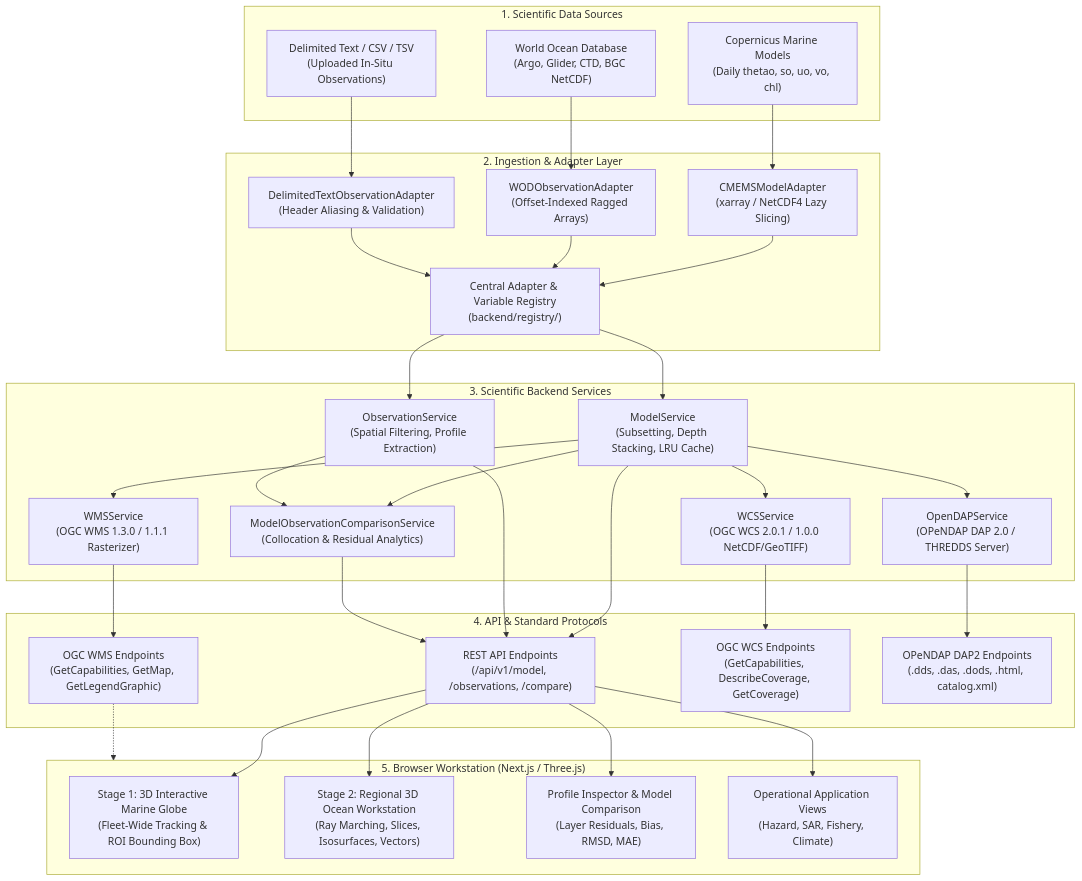
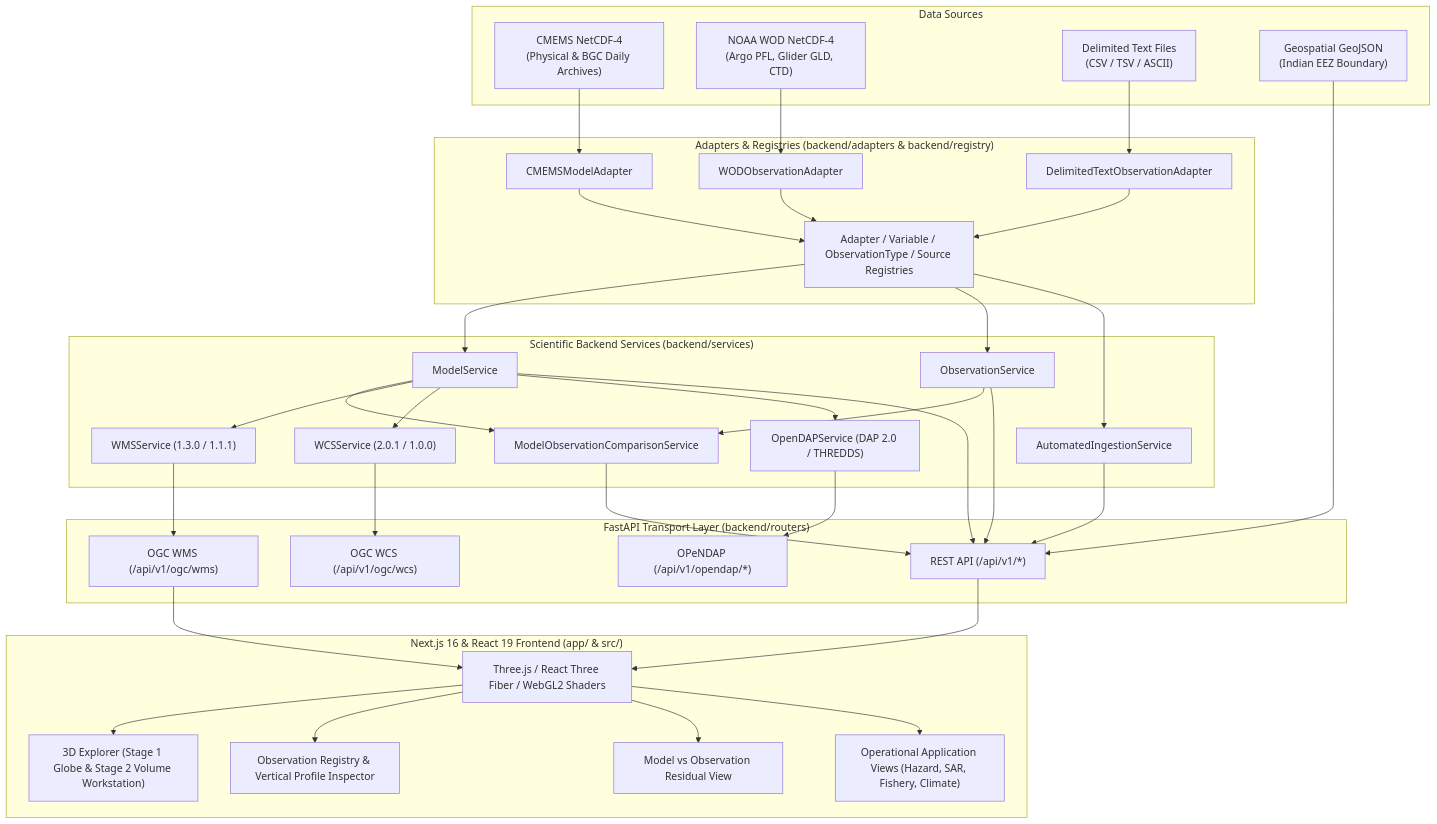
Before and after one commit to sihfinal/dhrishti-3d: the seventh of 7 diagrams in README.md, drawn with Mermaid. The commit also changed other lines of this file, not shown here.

Commit message:
docs: rebuild README.md from scratch with complete dataset setup, architecture, and verified metrics

````diff
--- a/README.md
+++ b/README.md
@@ -66,68 +455,56 @@
 ```mermaid
 flowchart TD
-    subgraph DataSources["1. Scientific Data Sources"]
-        CMEMS["Copernicus Marine Models<br/>(Daily thetao, so, uo, vo, chl)"]
-        WOD["World Ocean Database<br/>(Argo, Glider, CTD, BGC NetCDF)"]
-        ASCII["Delimited Text / CSV / TSV<br/>(Uploaded In-Situ Observations)"]
+    subgraph Sources["Data Sources"]
+        S_CMEMS["CMEMS NetCDF-4<br/>(Physical & BGC Daily Archives)"]
+        S_WOD["NOAA WOD NetCDF-4<br/>(Argo PFL, Glider GLD, CTD)"]
+        S_CSV["Delimited Text Files<br/>(CSV / TSV / ASCII)"]
+        S_EEZ["Geospatial GeoJSON<br/>(Indian EEZ Boundary)"]
     end
 
-    subgraph IngestionLayer["2. Ingestion & Adapter Layer"]
-        Registry["Central Adapter & Variable Registry<br/>(backend/registry/)"]
-        ModelAdapter["CMEMSModelAdapter<br/>(xarray / NetCDF4 Lazy Slicing)"]
-        WODAdapter["WODObservationAdapter<br/>(Offset-Indexed Ragged Arrays)"]
-        TextAdapter["DelimitedTextObservationAdapter<br/>(Header Aliasing & Validation)"]
+    subgraph Adapters["Adapters & Registries (backend/adapters & backend/registry)"]
+        A_CMEMS["CMEMSModelAdapter"]
+        A_WOD["WODObservationAdapter"]
+        A_CSV["DelimitedTextObservationAdapter"]
+        REG["Adapter / Variable / ObservationType / Source Registries"]
     end
 
-    subgraph ServiceLayer["3. Scientific Backend Services"]
-        ModelService["ModelService<br/>(Subsetting, Depth Stacking, LRU Cache)"]
-        ObsService["ObservationService<br/>(Spatial Filtering, Profile Extraction)"]
-        CompService["ModelObservationComparisonService<br/>(Collocation & Residual Analytics)"]
-        WMSService["WMSService<br/>(OGC WMS 1.3.0 / 1.1.1 Rasterizer)"]
-        WCSService["WCSService<br/>(OGC WCS 2.0.1 / 1.0.0 NetCDF/GeoTIFF)"]
-        DAPService["OpenDAPService<br/>(OPeNDAP DAP 2.0 / THREDDS Server)"]
+    subgraph Services["Scientific Backend Services (backend/services)"]
+        SV_MOD["ModelService"]
+        SV_OBS["ObservationService"]
+        SV_ING["AutomatedIngestionService"]
+        SV_CMP["ModelObservationComparisonService"]
+        SV_WMS["WMSService (1.3.0 / 1.1.1)"]
+        SV_WCS["WCSService (2.0.1 / 1.0.0)"]
+        SV_DAP["OpenDAPService (DAP 2.0 / THREDDS)"]
     end
 
-    subgraph APILayer["4. API & Standard Protocols"]
-        REST["REST API Endpoints<br/>(/api/v1/model, /observations, /compare)"]
-        WMS["OGC WMS Endpoints<br/>(GetCapabilities, GetMap, GetLegendGraphic)"]
-        WCS["OGC WCS Endpoints<br/>(GetCapabilities, DescribeCoverage, GetCoverage)"]
-        DAP["OPeNDAP DAP2 Endpoints<br/>(.dds, .das, .dods, .html, catalog.xml)"]
+    subgraph Protocols["FastAPI Transport Layer (backend/routers)"]
+        P_REST["REST API (/api/v1/*)"]
+        P_WMS["OGC WMS (/api/v1/ogc/wms)"]
+        P_WCS["OGC WCS (/api/v1/ogc/wcs)"]
+        P_DAP["OPeNDAP (/api/v1/opendap/*)"]
     end
 
-    subgraph ClientLayer["5. Browser Workstation (Next.js / Three.js)"]
-        Globe["Stage 1: 3D Interactive Marine Globe<br/>(Fleet-Wide Tracking & ROI Bounding Box)"]
-        Workstation["Stage 2: Regional 3D Ocean Workstation<br/>(Ray Marching, Slices, Isosurfaces, Vectors)"]
-        ProfileView["Profile Inspector & Model Comparison<br/>(Layer Residuals, Bias, RMSD, MAE)"]
-        AppViews["Operational Application Views<br/>(Hazard, SAR, Fishery, Climate)"]
+    subgraph Frontend["Next.js 16 & React 19 Frontend (app/ & src/)"]
+        FE_THREE["Three.js / React Three Fiber / WebGL2 Shaders"]
+        FE_EXP["3D Explorer (Stage 1 Globe & Stage 2 Volume Workstation)"]
+        FE_PROF["Observation Registry & Vertical Profile Inspector"]
+        FE_COMP["Model vs Observation Residual View"]
+        FE_OPS["Operational Application Views (Hazard, SAR, Fishery, Climate)"]
     end
 
-    CMEMS --> ModelAdapter
-    WOD --> WODAdapter
-    ASCII --> TextAdapter
-
-    ModelAdapter --> Registry
-    WODAdapter --> Registry
-    TextAdapter --> Registry
-
-    Registry --> ModelService
-    Registry --> ObsService
-
-    ModelService --> CompService
-    ObsService --> CompService
-    ModelService --> WMSService
-    ModelService --> WCSService
-    ModelService --> DAPService
-
-    ModelService --> REST
-    ObsService --> REST
-    CompService --> REST
-    WMSService --> WMS
-    WCSService --> WCS
-    DAPService --> DAP
-
-    REST --> Globe
-    REST --> Workstation
-    REST --> ProfileView
-    REST --> AppViews
-    WMS -.-> ClientLayer
+    S_CMEMS --> A_CMEMS
+    S_WOD --> A_WOD
+    S_CSV --> A_CSV
+    A_CMEMS & A_WOD & A_CSV --> REG
+    REG --> SV_MOD & SV_OBS & SV_ING
+    SV_MOD & SV_OBS --> SV_CMP
+    SV_MOD --> SV_WMS & SV_WCS & SV_DAP
+    SV_MOD & SV_OBS & SV_ING & SV_CMP --> P_REST
+    S_EEZ --> P_REST
+    SV_WMS --> P_WMS
+    SV_WCS --> P_WCS
+    SV_DAP --> P_DAP
+    P_REST & P_WMS --> FE_THREE
+    FE_THREE --> FE_EXP & FE_PROF & FE_COMP & FE_OPS
 ```
````
